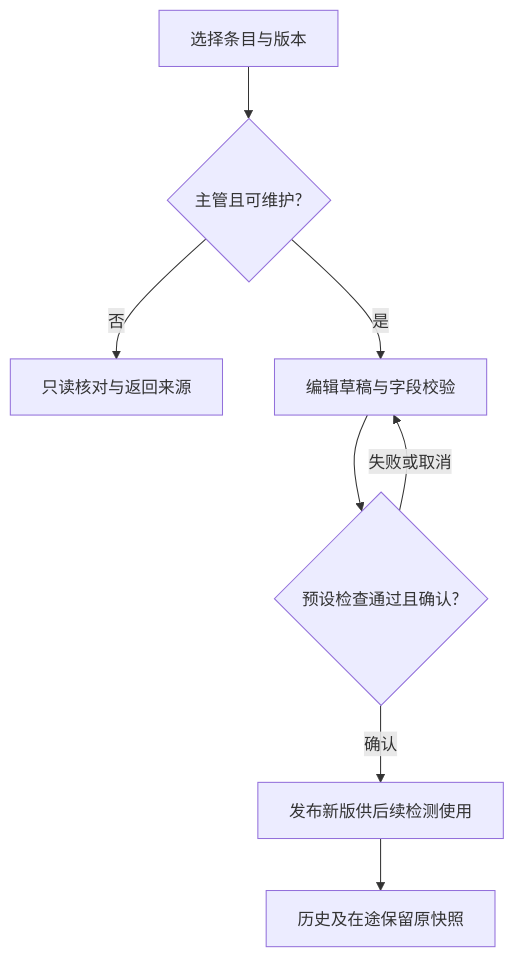
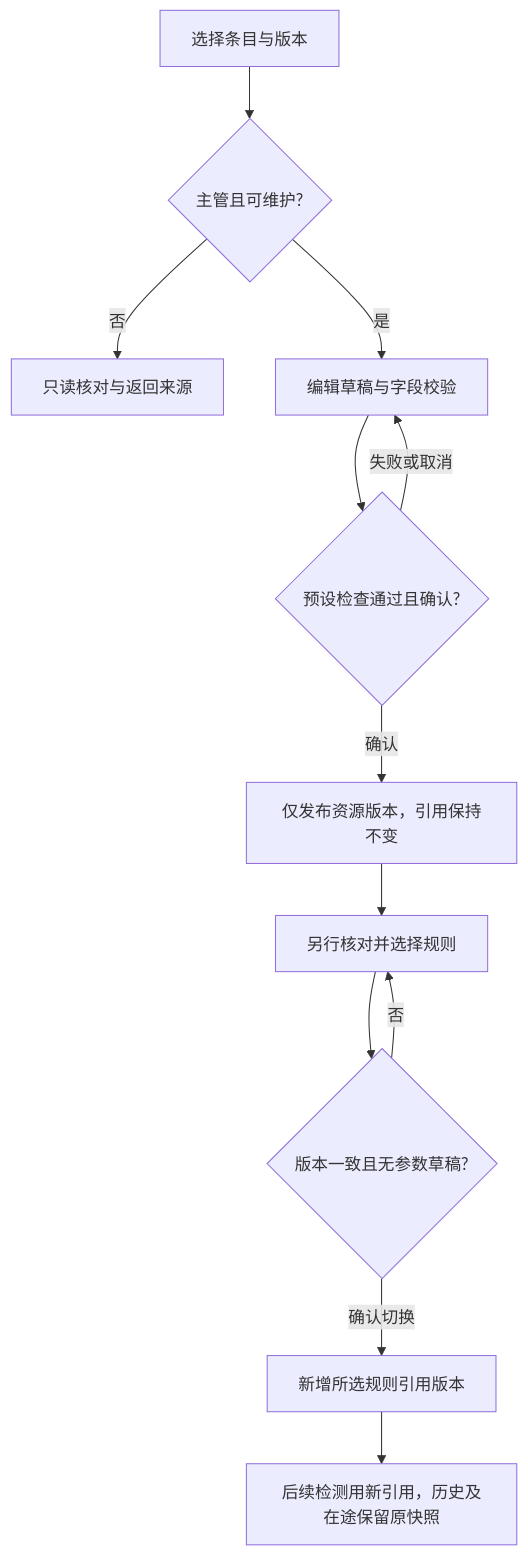
Before and after one commit to h-pl/bank-voice-qc-mvp-p0: the diagram in docs/reviews/页面流程/resources.mmd, drawn with Mermaid. The commit also changed 28 other files, not shown here.

```diff
--- a/docs/reviews/页面流程/resources.mmd
+++ b/docs/reviews/页面流程/resources.mmd
@@ -1,8 +1,12 @@
 flowchart TD
  A[选择条目与版本] --> B{主管且可维护?}
  B -->|否| R[只读核对与返回来源]
  B -->|是| C[编辑草稿与字段校验]
  C --> D{预设检查通过且确认?}
  D -->|失败或取消| C
- D -->|确认| E[发布新版供后续检测使用]
- E --> F[历史及在途保留原快照]
+ D -->|确认| E[仅发布资源版本，引用保持不变]
+ E --> G[另行核对并选择规则]
+ G --> H{版本一致且无参数草稿?}
+ H -->|否| G
+ H -->|确认切换| I[新增所选规则引用版本]
+ I --> F[后续检测用新引用，历史及在途保留原快照]
```
